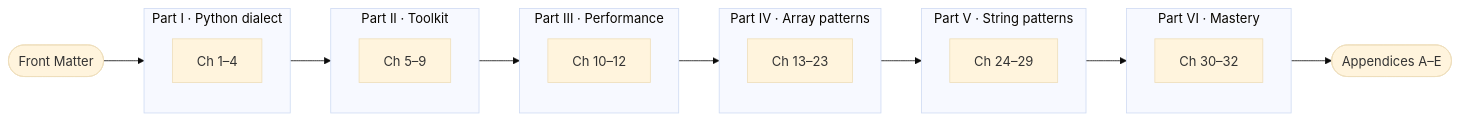
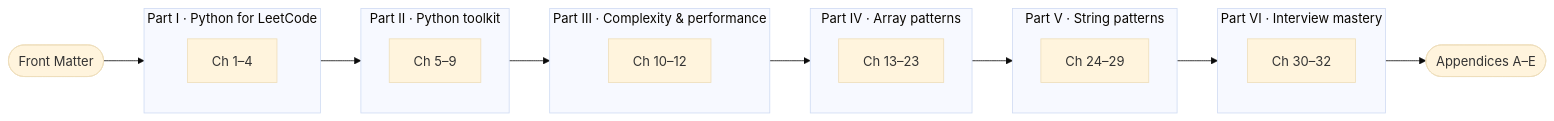
The diagram in README.md (me-anurag/dsa_book_in_python), drawn with Mermaid (base theme) before and after one commit. The commit also changed other lines of this file, not shown here.

First line of the commit message:
Give each part a descriptive title and summary in the README

````diff
--- a/README.md
+++ b/README.md
@@ -39,24 +39,24 @@
 ```mermaid
 flowchart LR
     F([Front Matter]) --> P1
-    subgraph P1 [Part I · Python dialect]
+    subgraph P1 [Part I · Python for LeetCode]
         C1[Ch 1–4]
     end
-    subgraph P2 [Part II · Toolkit]
+    subgraph P2 [Part II · Python toolkit]
         C5[Ch 5–9]
     end
-    subgraph P3 [Part III · Performance]
+    subgraph P3 [Part III · Complexity & performance]
         C10[Ch 10–12]
     end
     subgraph P4 [Part IV · Array patterns]
         C13[Ch 13–23]
     end
     subgraph P5 [Part V · String patterns]
         C24[Ch 24–29]
     end
-    subgraph P6 [Part VI · Mastery]
+    subgraph P6 [Part VI · Interview mastery]
         C30[Ch 30–32]
     end
     P1 --> P2 --> P3 --> P4 --> P5 --> P6
     P6 --> A([Appendices A–E])
 ```
````
